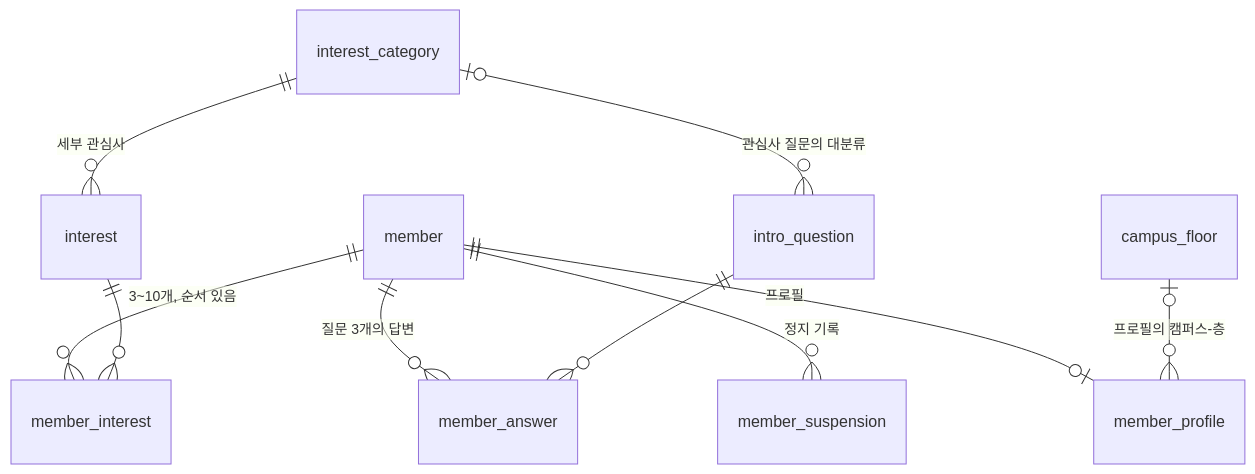
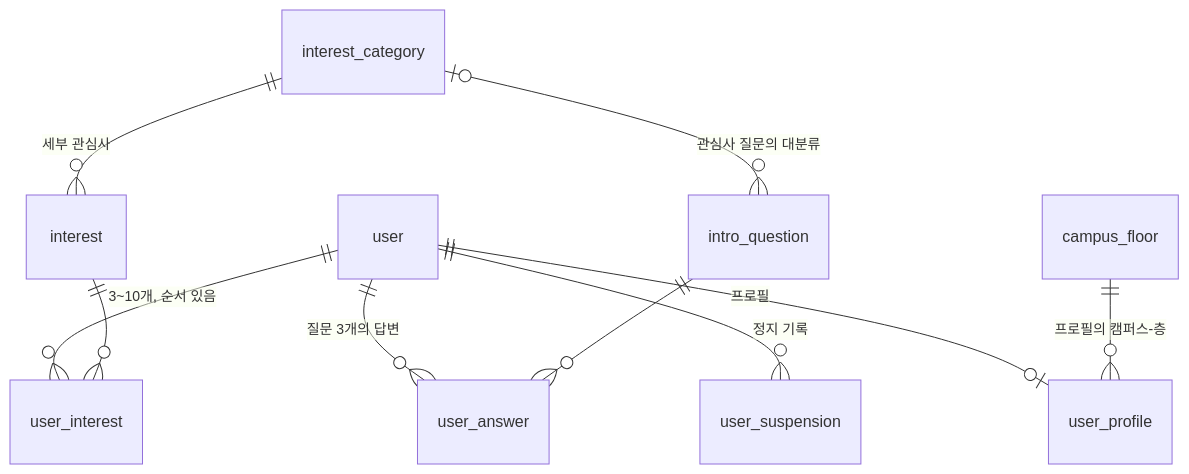
The diagram in docs/db/account.md (it-ting-team/it-ting), drawn with Mermaid before and after one commit. The commit also changed other lines of this file and 6 other files, not shown here.

````diff
--- a/docs/db/account.md
+++ b/docs/db/account.md
@@ -5,12 +5,12 @@
 ```mermaid
 erDiagram
-    member ||--o{ member_suspension : "정지 기록"
-    member ||--o| member_profile : "프로필"
-    campus_floor |o--o{ member_profile : "프로필의 캠퍼스-층"
+    user ||--o{ user_suspension : "정지 기록"
+    user ||--o| user_profile : "프로필"
+    campus_floor ||--o{ user_profile : "프로필의 캠퍼스-층"
     interest_category ||--o{ interest : "세부 관심사"
-    member ||--o{ member_interest : "3~10개, 순서 있음"
-    interest ||--o{ member_interest : ""
+    user ||--o{ user_interest : "3~10개, 순서 있음"
+    interest ||--o{ user_interest : ""
     interest_category |o--o{ intro_question : "관심사 질문의 대분류"
-    member ||--o{ member_answer : "질문 3개의 답변"
-    intro_question ||--o{ member_answer : ""
+    user ||--o{ user_answer : "질문 3개의 답변"
+    intro_question ||--o{ user_answer : ""
 ```
````
